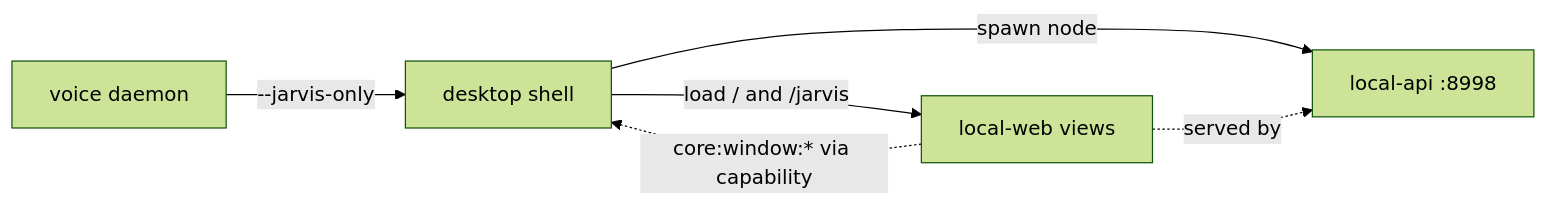
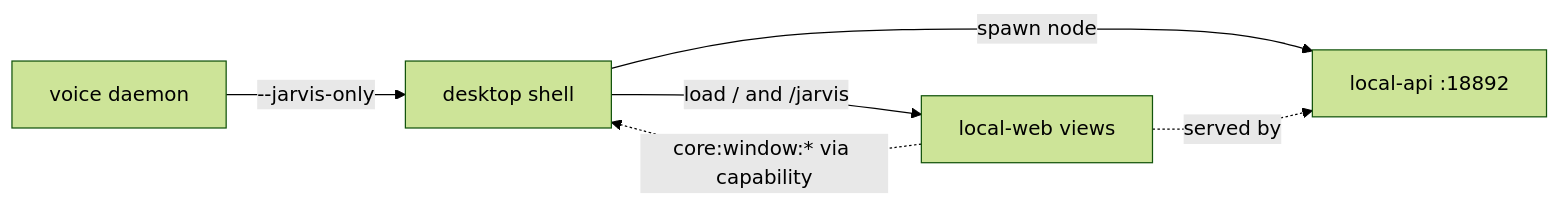
The second of 2 diagrams in .claude/docs/_apps/desktop/structure.md (chadnicely/Vynel-Demo), drawn with Mermaid (forest theme) before and after one commit. The commit also changed other lines of this file and 68 other files, not shown here.

````diff
--- a/.claude/docs/_apps/desktop/structure.md
+++ b/.claude/docs/_apps/desktop/structure.md
@@ -107,8 +107,8 @@
 ```mermaid
 flowchart LR
     voice[voice daemon] -- "--jarvis-only" --> D[desktop shell]
-    D -- "spawn node" --> api[local-api :8998]
+    D -- "spawn node" --> api[local-api :18892]
     D -- "load / and /jarvis" --> web[local-web views]
     web -. "served by" .-> api
     web -. "core:window:* via capability" .-> D
 ```
````
